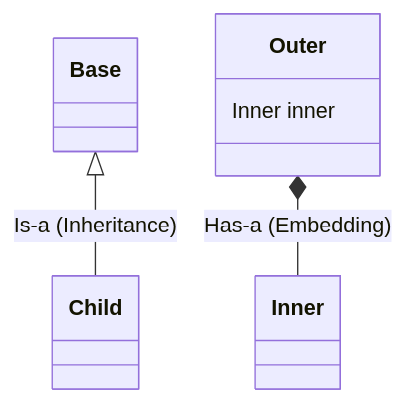
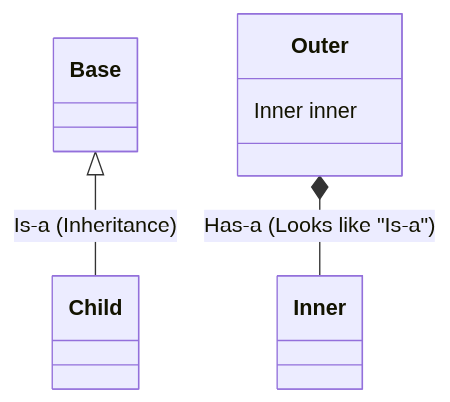
One commit to romangurevitch/GoTraining changed the first of 2 diagrams in internal/basics/embed/README.md. Above: the diagram before and after it, drawn with Mermaid.

Commit message:
docs: fix embedding classDiagram inheritance label

````diff
--- a/internal/basics/embed/README.md
+++ b/internal/basics/embed/README.md
@@ -12,12 +12,12 @@
 ```mermaid
 classDiagram
     class Base
     class Child
     Base <|-- Child : Is-a (Inheritance)
 
     class Outer {
         Inner inner
     }
     class Inner
-    Outer *-- Inner : Has-a (Embedding)
+    Outer *-- Inner : Has-a (Looks like "Is-a")
 ```
````
